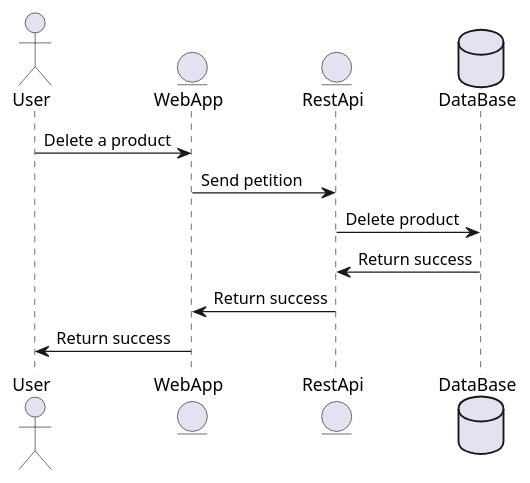
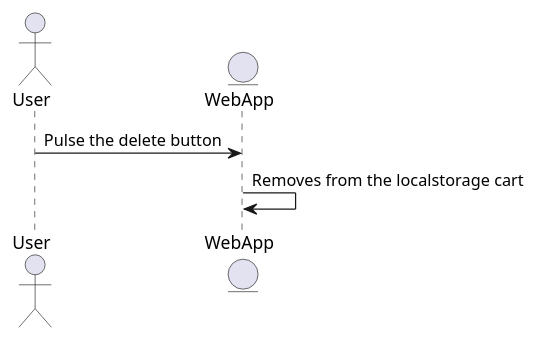
The fifth of 10 diagrams in docs/06_runtime_view.adoc (Arquisoft/dede_es3c), drawn with PlantUML before and after one commit. The commit also changed other lines of this file, not shown here.

Commit message:
Diagramas de secuencia actualizados

```diff
--- a/docs/06_runtime_view.adoc
+++ b/docs/06_runtime_view.adoc
@@ -89,15 +83,9 @@
 [plantuml,"DeleteProductFromTheShoppingCart",png]
 ----
 @startuml
 actor User
 entity WebApp
-entity RestApi
-database DataBase
-User -> WebApp: Delete a product
-WebApp -> RestApi: Send petition
-RestApi -> DataBase: Delete product
-DataBase -> RestApi: Return success
-RestApi -> WebApp: Return success
-WebApp -> User: Return success
+User -> WebApp: Pulse the delete button
+WebApp -> WebApp: Removes from the localstorage cart
 @enduml
 ----
```
